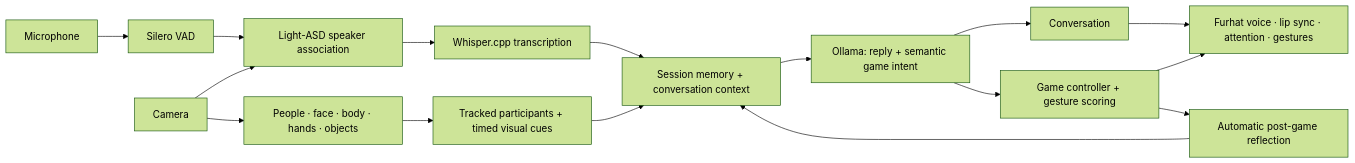
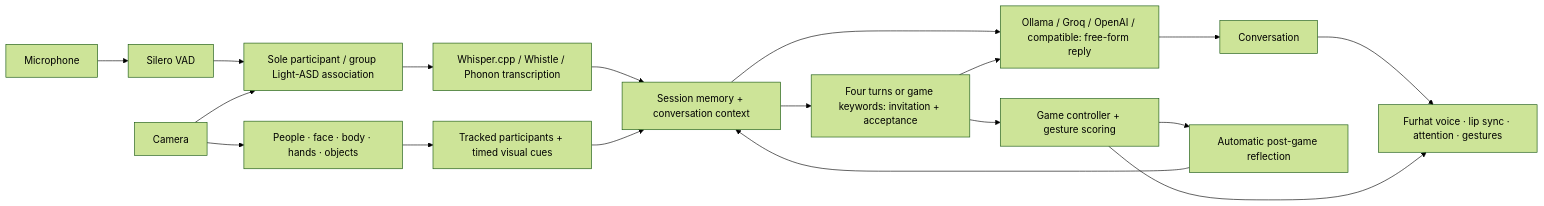
Before and after one commit to BrunoMelicio/real-time-multimodal-furhat: the diagram in docs/architecture.md, drawn with Mermaid (forest theme). The commit also changed other lines of this file and 22 other files, not shown here.

Commit message:
Add cloud LLM and fast ASR options; fix multimodal game flow

````diff
--- a/docs/architecture.md
+++ b/docs/architecture.md
@@ -3,18 +3,20 @@
 ```mermaid
 flowchart LR
     Camera[Camera] --> Vision[People · face · body · hands · objects]
     Vision --> Cues[Tracked participants + timed visual cues]
     Mic[Microphone] --> VAD[Silero VAD]
-    VAD --> ASD[Light-ASD speaker association]
+    VAD --> ASD[Sole participant / group Light-ASD association]
     Camera --> ASD
-    ASD --> ASR[Whisper.cpp transcription]
+    ASD --> ASR[Whisper.cpp / Whistle / Phonon transcription]
     ASR --> Session[Session memory + conversation context]
     Cues --> Session
-    Session --> LLM[Ollama: reply + semantic game intent]
+    Session --> LLM[Ollama / Groq / OpenAI / compatible: free-form reply]
     LLM --> Chat[Conversation]
-    LLM --> Game[Game controller + gesture scoring]
+    Session --> Invite[Four turns or game keywords: invitation + acceptance]
+    Invite --> LLM
+    Invite --> Game[Game controller + gesture scoring]
     Game --> Reflect[Automatic post-game reflection]
     Reflect --> Session
     Chat --> Robot[Furhat voice · lip sync · attention · gestures]
     Game --> Robot
 ```
````
